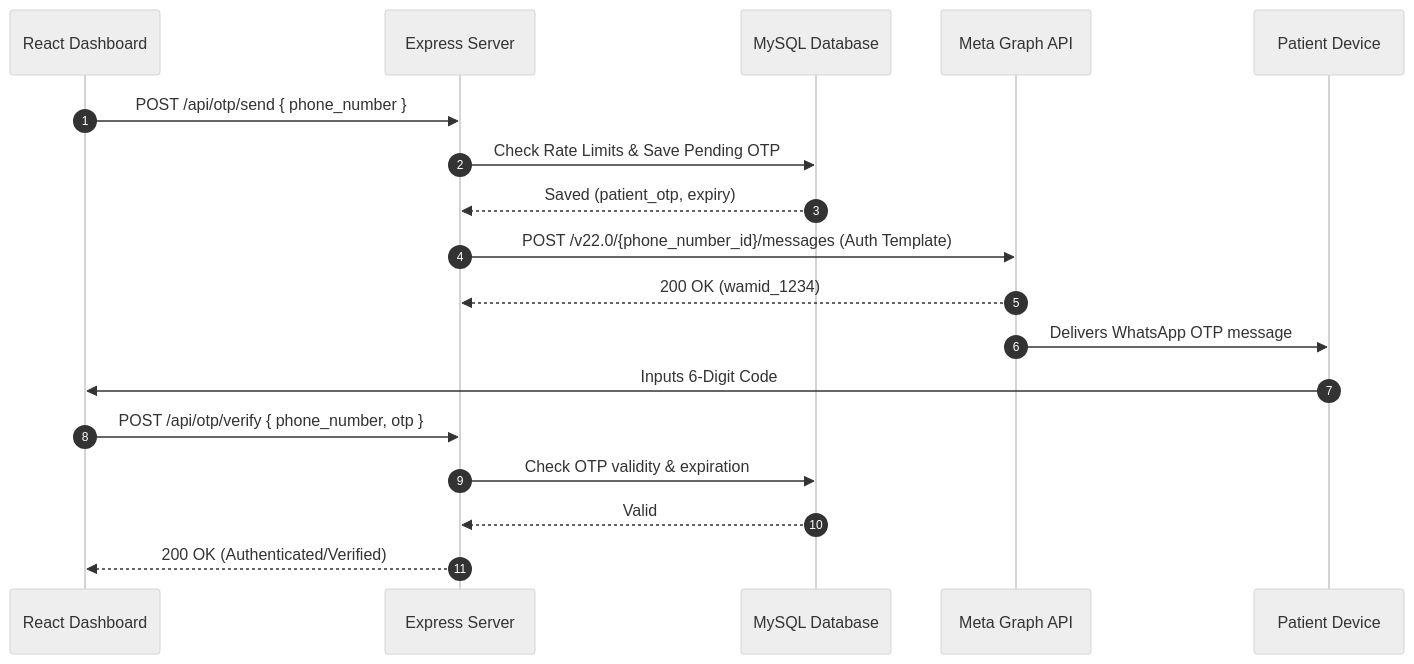
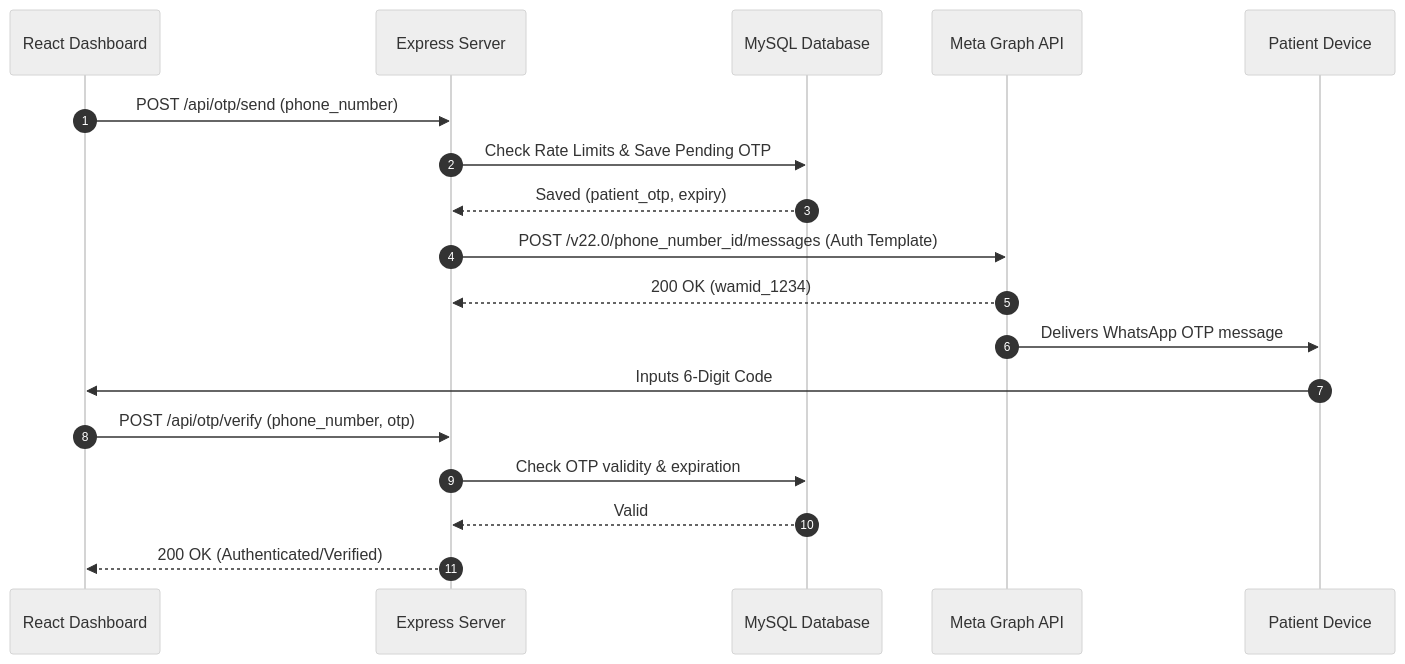
The diagram in README.md (Maajith9127/WhatsApp-Business-Client), drawn with Mermaid (neutral theme) before and after one commit. The commit also changed other lines of this file and 8 other files, not shown here.

````diff
--- a/README.md
+++ b/README.md
@@ -45,21 +62,21 @@
 ```mermaid
 sequenceDiagram
     autonumber
     participant Client as React Dashboard
     participant Server as Express Server
     participant DB as MySQL Database
     participant Meta as Meta Graph API
     participant Patient as Patient Device
 
-    Client->>Server: POST /api/otp/send { phone_number }
+    Client->>Server: POST /api/otp/send (phone_number)
     Server->>DB: Check Rate Limits & Save Pending OTP
     DB-->>Server: Saved (patient_otp, expiry)
-    Server->>Meta: POST /v22.0/{phone_number_id}/messages (Auth Template)
+    Server->>Meta: POST /v22.0/phone_number_id/messages (Auth Template)
     Meta-->>Server: 200 OK (wamid_1234)
     Meta->>Patient: Delivers WhatsApp OTP message
     Patient->>Client: Inputs 6-Digit Code
-    Client->>Server: POST /api/otp/verify { phone_number, otp }
+    Client->>Server: POST /api/otp/verify (phone_number, otp)
     Server->>DB: Check OTP validity & expiration
     DB-->>Server: Valid
     Server-->>Client: 200 OK (Authenticated/Verified)
 ```
````
